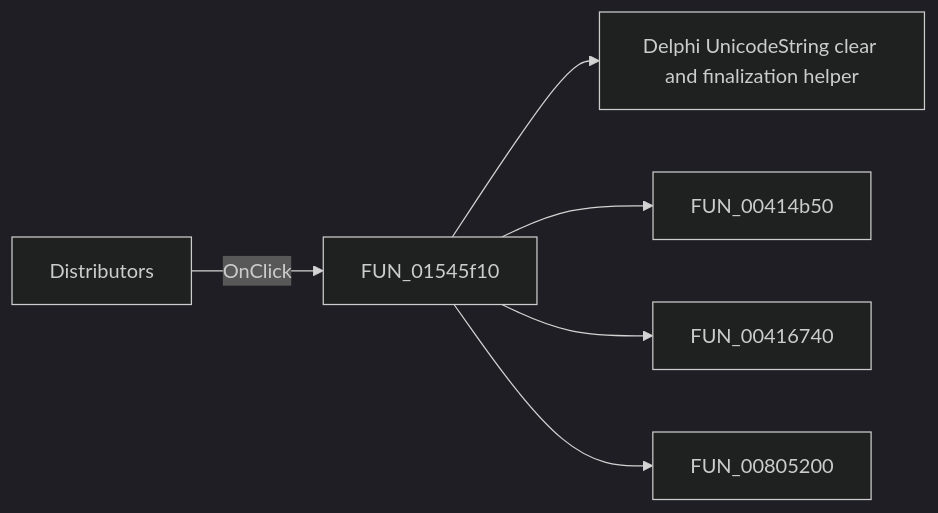
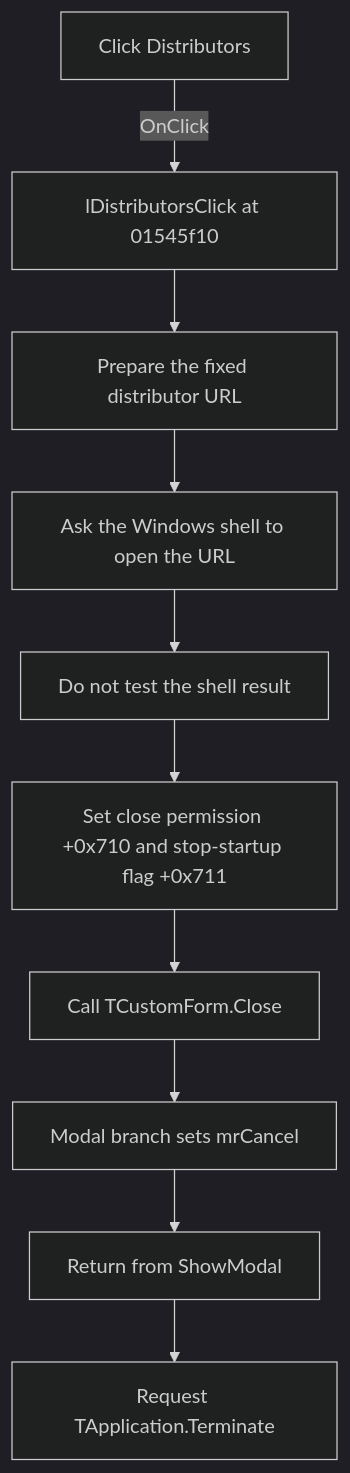
The diagram in docs/ui-controls/trialform/ldistributors-a1ab698e24.md (MovGP0/TIARA), drawn with Mermaid (dark theme) before and after one commit. The commit also changed other lines of this file and 1062 other files, not shown here.

````diff
--- a/docs/ui-controls/trialform/ldistributors-a1ab698e24.md
+++ b/docs/ui-controls/trialform/ldistributors-a1ab698e24.md
@@ -27,8 +31,12 @@
 ```mermaid
-flowchart LR
-    control["Distributors"] -->|OnClick| handler["FUN_01545f10"]
-    handler --> call1["Delphi UnicodeString clear and finalization helper"]
-    handler --> call2["FUN_00414b50"]
-    handler --> call3["FUN_00416740"]
-    handler --> call4["FUN_00805200"]
+flowchart TD
+    control["Click Distributors"] -->|"OnClick"| handler["lDistributorsClick at 01545f10"]
+    handler --> url["Prepare the fixed distributor URL"]
+    url --> shell["Ask the Windows shell to open the URL"]
+    shell --> ignored["Do not test the shell result"]
+    ignored --> flags["Set close permission +0x710 and stop-startup flag +0x711"]
+    flags --> close["Call TCustomForm.Close"]
+    close --> result["Modal branch sets mrCancel"]
+    result --> modal["Return from ShowModal"]
+    modal --> terminate["Request TApplication.Terminate"]
 ```
````
